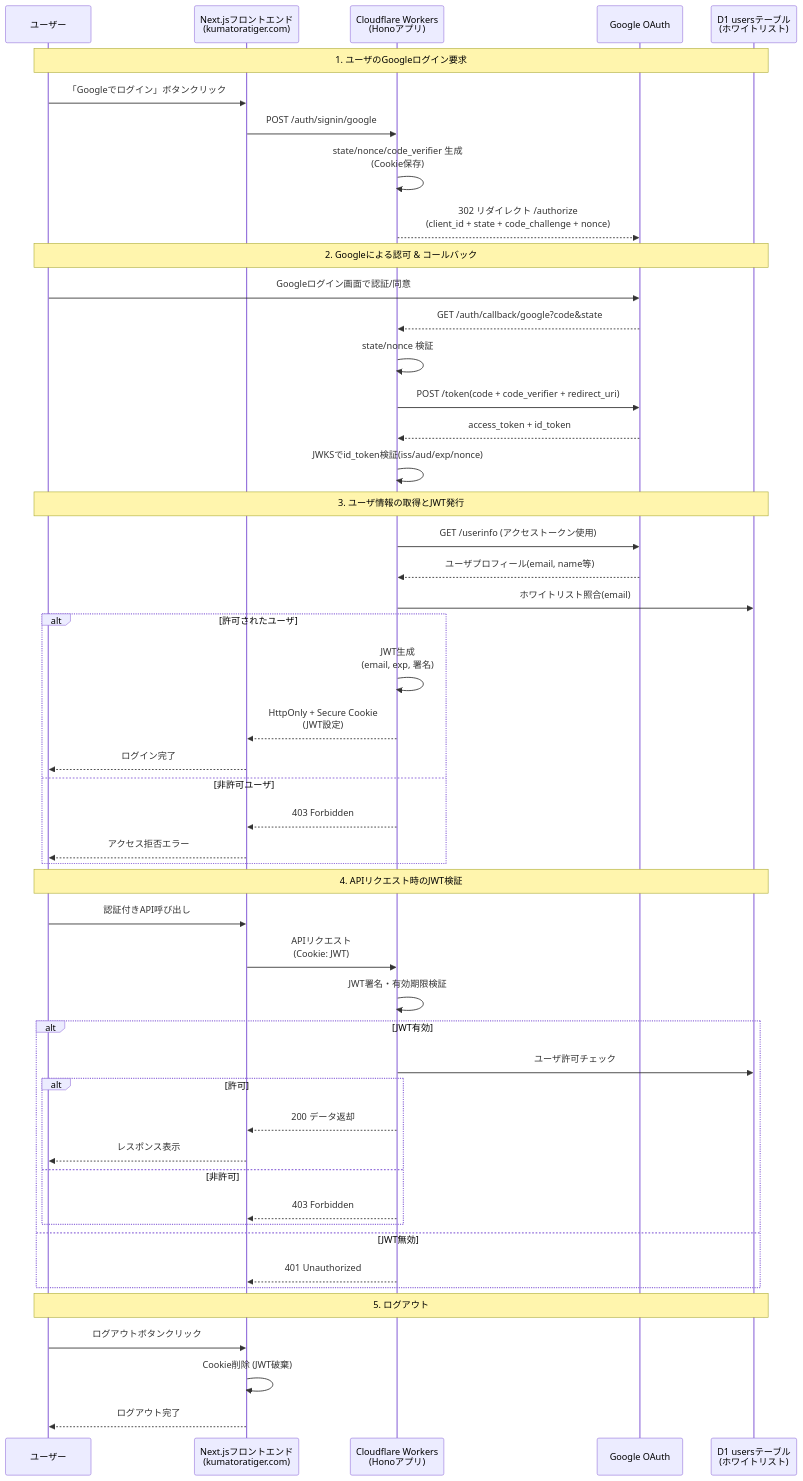
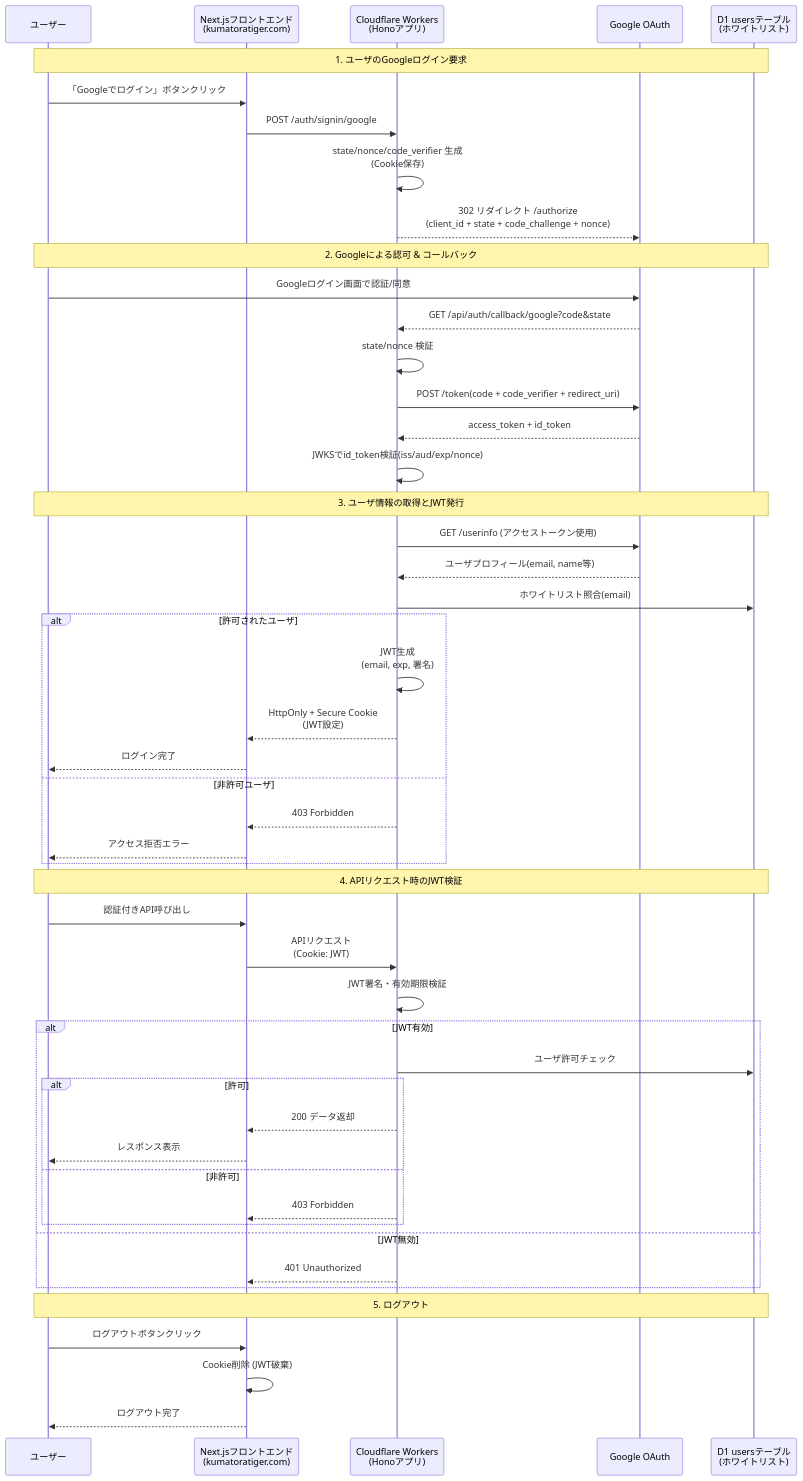
The first of 2 diagrams in README.md (Toho-MLM/mlm-dx), drawn with Mermaid before and after one commit. The commit also changed other lines of this file and 19 other files, not shown here.

````diff
--- a/README.md
+++ b/README.md
@@ -571,56 +561,56 @@
 ```mermaid
 sequenceDiagram
     participant U as ユーザー
     participant F as Next.jsフロントエンド<br/>(kumatoratiger.com)
     participant W as Cloudflare Workers<br/>(Honoアプリ)
     participant G as Google OAuth
     participant D as D1 usersテーブル<br/>(ホワイトリスト)
 
     Note over U,D: 1. ユーザのGoogleログイン要求
     U->>F: 「Googleでログイン」ボタンクリック
     F->>W: POST /auth/signin/google
     W->>W: state/nonce/code_verifier 生成<br/>(Cookie保存)
     W-->>G: 302 リダイレクト /authorize<br/>(client_id + state + code_challenge + nonce)
 
     Note over U,D: 2. Googleによる認可 & コールバック
     U->>G: Googleログイン画面で認証/同意
-    G-->>W: GET /auth/callback/google?code&state
+    G-->>W: GET /api/auth/callback/google?code&state
     W->>W: state/nonce 検証
     W->>G: POST /token(code + code_verifier + redirect_uri)
     G-->>W: access_token + id_token
     W->>W: JWKSでid_token検証(iss/aud/exp/nonce)
 
     Note over U,D: 3. ユーザ情報の取得とJWT発行
     W->>G: GET /userinfo (アクセストークン使用)
     G-->>W: ユーザプロフィール(email, name等)
     W->>D: ホワイトリスト照合(email)
     alt 許可されたユーザ
         W->>W: JWT生成<br/>(email, exp, 署名)
         W-->>F: HttpOnly + Secure Cookie<br/>(JWT設定)
         F-->>U: ログイン完了
     else 非許可ユーザ
         W-->>F: 403 Forbidden
         F-->>U: アクセス拒否エラー
     end
 
     Note over U,D: 4. APIリクエスト時のJWT検証
     U->>F: 認証付きAPI呼び出し
     F->>W: APIリクエスト<br/>(Cookie: JWT)
     W->>W: JWT署名・有効期限検証
     alt JWT有効
         W->>D: ユーザ許可チェック
         alt 許可
             W-->>F: 200 データ返却
             F-->>U: レスポンス表示
         else 非許可
             W-->>F: 403 Forbidden
         end
     else JWT無効
         W-->>F: 401 Unauthorized
     end
 
     Note over U,D: 5. ログアウト
     U->>F: ログアウトボタンクリック
     F->>F: Cookie削除 (JWT破棄)
     F-->>U: ログアウト完了
 ```
````
